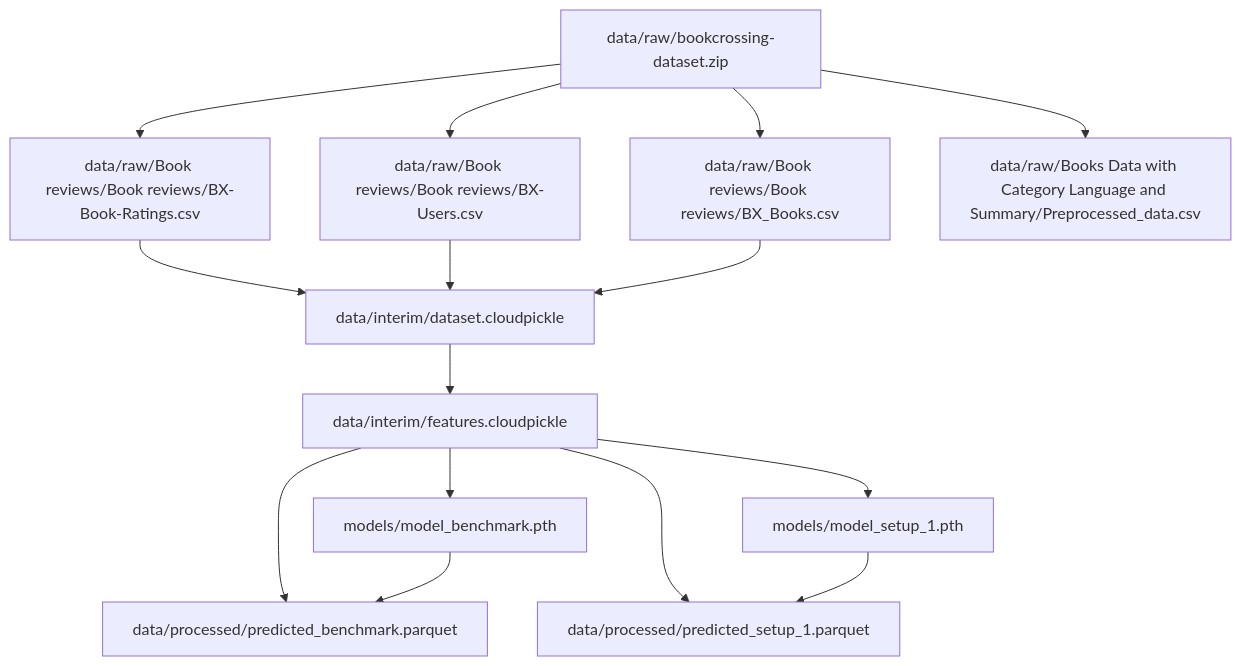
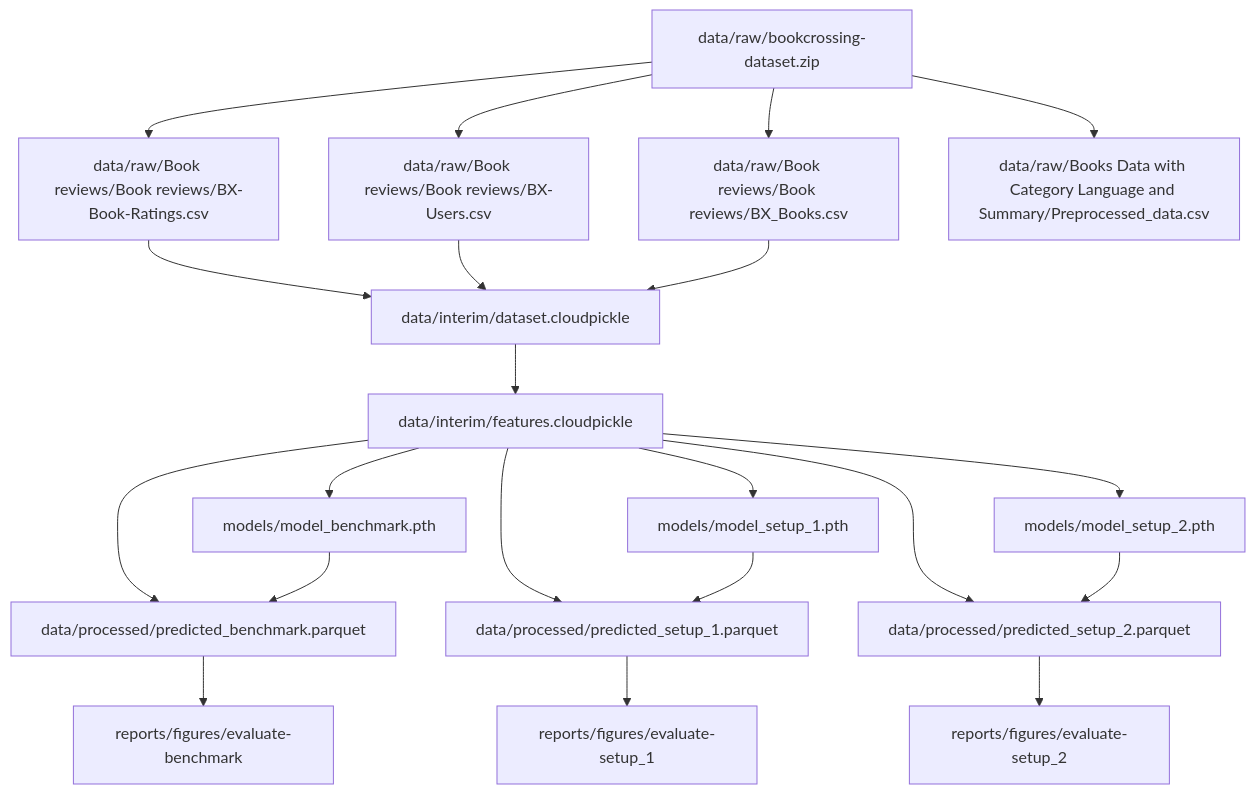
The second of 2 diagrams in PIPELINE.md (u-masao/two-tower-model-tutorial), drawn with Mermaid before and after one commit. The commit also changed other lines of this file, not shown here.

Commit message:
update dvc pipeline

````diff
--- a/PIPELINE.md
+++ b/PIPELINE.md
@@ -32,28 +43,39 @@
 ```mermaid
 flowchart TD
 	node1["data/interim/dataset.cloudpickle"]
 	node2["data/interim/features.cloudpickle"]
 	node3["data/processed/predicted_benchmark.parquet"]
 	node4["data/processed/predicted_setup_1.parquet"]
-	node5["data/raw/Book reviews/Book reviews/BX-Book-Ratings.csv"]
-	node6["data/raw/Book reviews/Book reviews/BX-Users.csv"]
-	node7["data/raw/Book reviews/Book reviews/BX_Books.csv"]
-	node8["data/raw/Books Data with Category Language and Summary/Preprocessed_data.csv"]
-	node9["data/raw/bookcrossing-dataset.zip"]
-	node10["models/model_benchmark.pth"]
-	node11["models/model_setup_1.pth"]
+	node5["data/processed/predicted_setup_2.parquet"]
+	node6["data/raw/Book reviews/Book reviews/BX-Book-Ratings.csv"]
+	node7["data/raw/Book reviews/Book reviews/BX-Users.csv"]
+	node8["data/raw/Book reviews/Book reviews/BX_Books.csv"]
+	node9["data/raw/Books Data with Category Language and Summary/Preprocessed_data.csv"]
+	node10["data/raw/bookcrossing-dataset.zip"]
+	node11["models/model_benchmark.pth"]
+	node12["models/model_setup_1.pth"]
+	node13["models/model_setup_2.pth"]
+	node14["reports/figures/evaluate-benchmark"]
+	node15["reports/figures/evaluate-setup_1"]
+	node16["reports/figures/evaluate-setup_2"]
 	node1-->node2
 	node2-->node3
 	node2-->node4
-	node2-->node10
+	node2-->node5
 	node2-->node11
-	node5-->node1
+	node2-->node12
+	node2-->node13
+	node3-->node14
+	node4-->node15
+	node5-->node16
 	node6-->node1
 	node7-->node1
-	node9-->node5
-	node9-->node6
-	node9-->node7
-	node9-->node8
-	node10-->node3
-	node11-->node4
+	node8-->node1
+	node10-->node6
+	node10-->node7
+	node10-->node8
+	node10-->node9
+	node11-->node3
+	node12-->node4
+	node13-->node5
 ```
````
